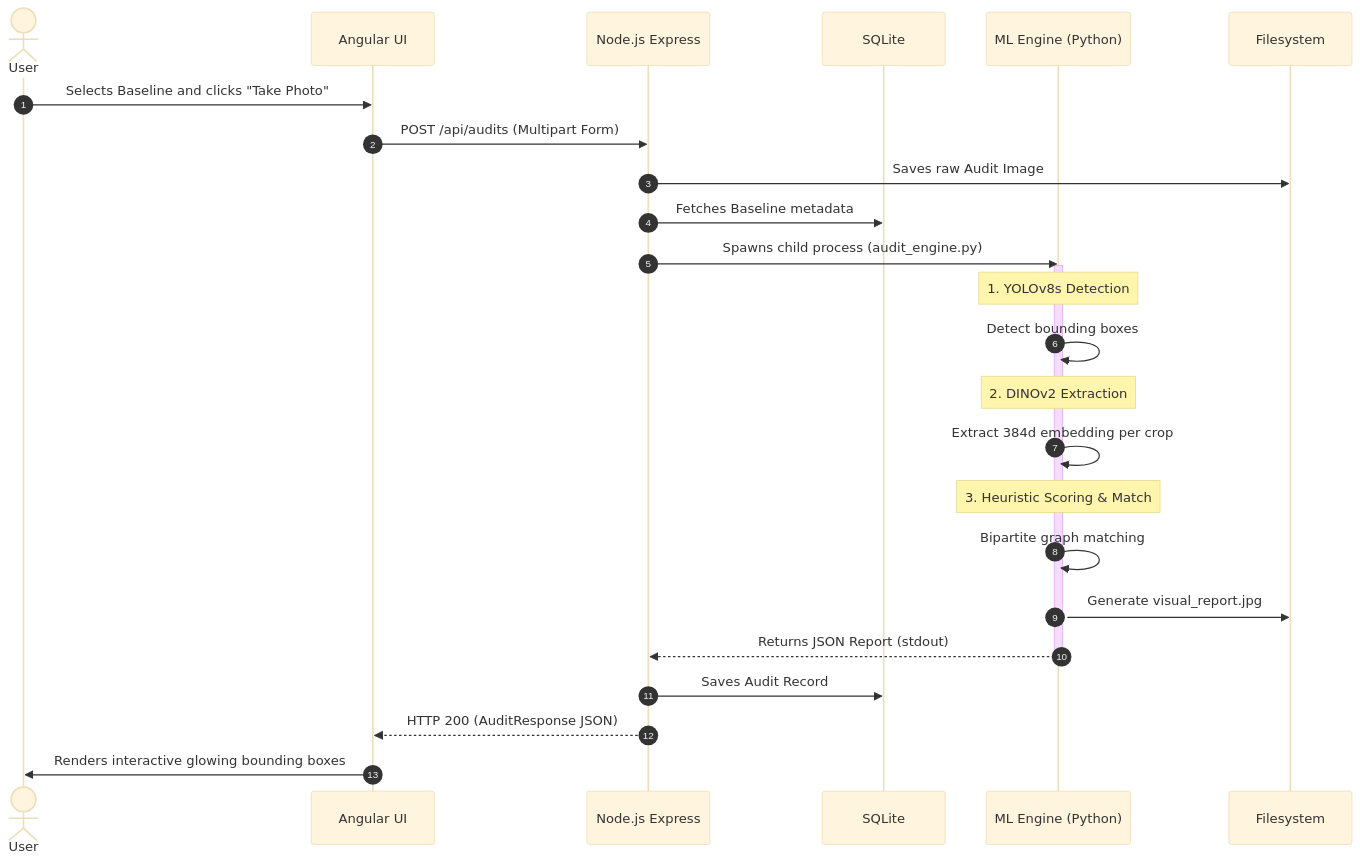
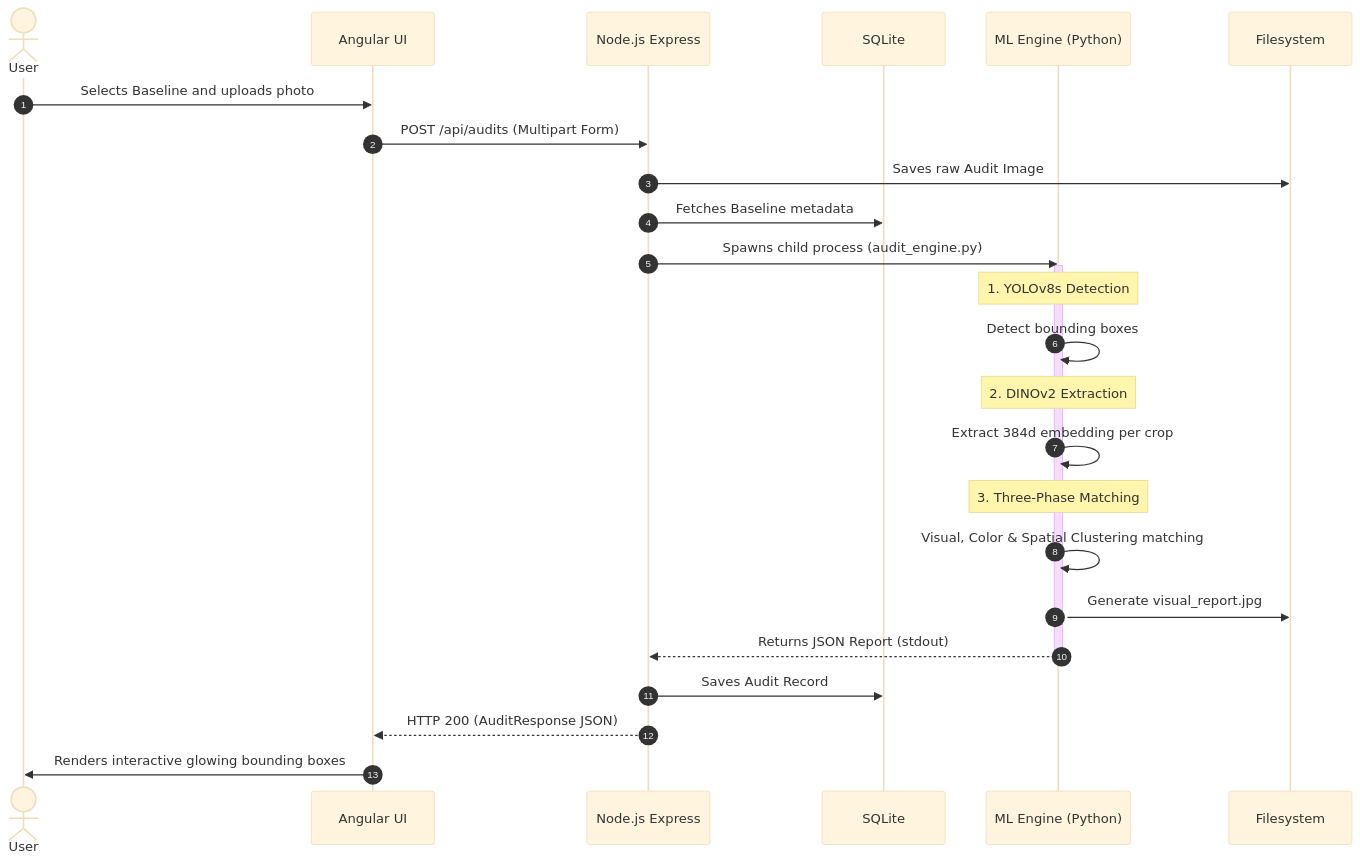
Before and after one commit to itzRohit45/Planogram: the second of 2 diagrams in README.md, drawn with Mermaid (base theme). The commit also changed other lines of this file and 7 other files, not shown here.

Commit message:
chore: remove ocr and aspect_ratio, update readme with Three-Phase matcher

````diff
--- a/README.md
+++ b/README.md
@@ -81,32 +82,32 @@
 ```mermaid
 sequenceDiagram
     autonumber
     actor User
     participant Frontend as Angular UI
     participant Backend as Node.js Express
     participant DB as SQLite
     participant Python as ML Engine (Python)
 
-    User->>Frontend: Selects Baseline and clicks "Take Photo"
+    User->>Frontend: Selects Baseline and uploads photo
     Frontend->>Backend: POST /api/audits (Multipart Form)
     Backend->>Filesystem: Saves raw Audit Image
     Backend->>DB: Fetches Baseline metadata
     Backend->>Python: Spawns child process (audit_engine.py)
     
     activate Python
     Note over Python: 1. YOLOv8s Detection
     Python->>Python: Detect bounding boxes
     
     Note over Python: 2. DINOv2 Extraction
     Python->>Python: Extract 384d embedding per crop
     
-    Note over Python: 3. Heuristic Scoring & Match
-    Python->>Python: Bipartite graph matching
+    Note over Python: 3. Three-Phase Matching
+    Python->>Python: Visual, Color & Spatial Clustering matching
     Python->>Filesystem: Generate visual_report.jpg
     Python-->>Backend: Returns JSON Report (stdout)
     deactivate Python
     
     Backend->>DB: Saves Audit Record
     Backend-->>Frontend: HTTP 200 (AuditResponse JSON)
     Frontend->>User: Renders interactive glowing bounding boxes
 ```
````
